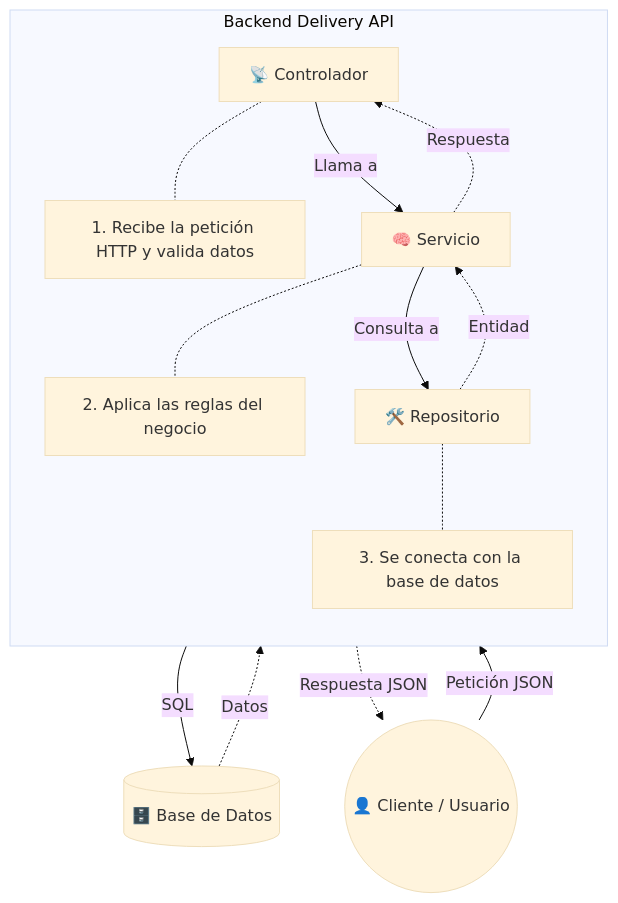
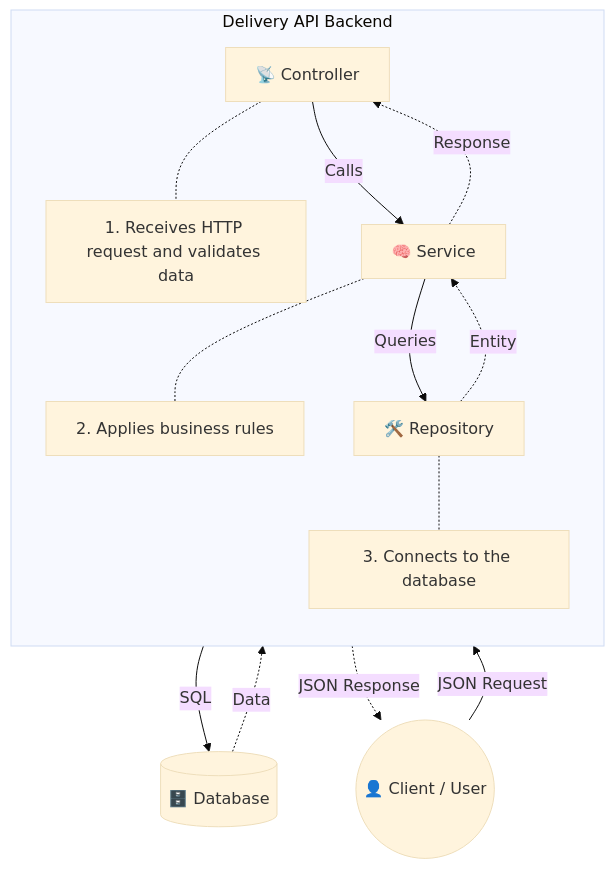
Before and after one commit to MauroDevelop/learning-path-2026: the diagram in months/month-02-delivery-api/docs/architecture.md, drawn with Mermaid (base theme). The commit also changed other lines of this file and 5 other files, not shown here.

First line of the commit message:
docs(month-02): update architecture and translate documentation to English

````diff
--- a/months/month-02-delivery-api/docs/architecture.md
+++ b/months/month-02-delivery-api/docs/architecture.md
@@ -9,38 +9,38 @@
 ```mermaid
 graph TD
-    %% Actores Externos
-    User((👤 Cliente / Usuario))
-    DB[(🗄️ Base de Datos)]
+    %% External Actors
+    User((👤 Client / User))
+    DB[(🗄️ Database)]
 
-    %% Tu Sistema (Caja Principal)
-    subgraph "Backend Delivery API"
+    %% Your System (Main Box)
+    subgraph "Delivery API Backend"
         direction TB
         
-        %% Componentes Principales
-        Controller[📡 Controlador]
-        Service[🧠 Servicio]
-        Repo[🛠️ Repositorio]
+        %% Main Components
+        Controller[📡 Controller]
+        Service[🧠 Service]
+        Repo[🛠️ Repository]
         
-        %% Notas explicativas simples
-        note1[1. Recibe la petición HTTP y valida datos]
-        note2[2. Aplica las reglas del negocio]
-        note3[3. Se conecta con la base de datos]
+        %% Simple explanatory notes
+        note1[1. Receives HTTP request and validates data]
+        note2[2. Applies business rules]
+        note3[3. Connects to the database]
 
-        %% Conexiones visuales de las notas (Estilo punteado)
+        %% Visual connections for notes (Dotted style)
         Controller -.- note1
         Service -.- note2
         Repo -.- note3
     end
 
-    %% Flujo de la Información (Flechas)
-    User -->|Petición JSON| Controller
-    Controller -->|Llama a| Service
-    Service -->|Consulta a| Repo
+    %% Information Flow (Arrows)
+    User -->|JSON Request| Controller
+    Controller -->|Calls| Service
+    Service -->|Queries| Repo
     Repo -->|SQL| DB
     
-    %% Retorno (Opcional, para entender que vuelve)
-    DB -.->|Datos| Repo
-    Repo -.->|Entidad| Service
-    Service -.->|Respuesta| Controller
-    Controller -.->|Respuesta JSON| User
+    %% Return flow
+    DB -.->|Data| Repo
+    Repo -.->|Entity| Service
+    Service -.->|Response| Controller
+    Controller -.->|JSON Response| User
 ```
````
